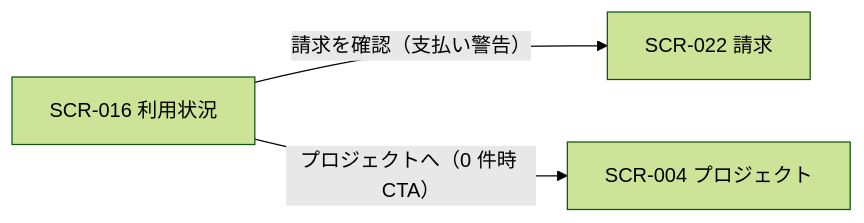
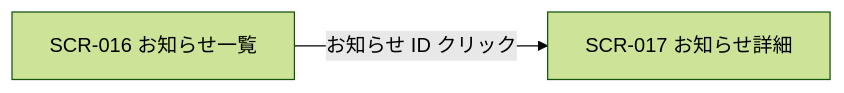
Before and after one commit to sikakou54/open-faq: the diagram in 02_basic_design/01_screens/SCR-016.md, drawn with Mermaid (forest theme). The commit also changed other lines of this file and 617 other files, not shown here.

````diff
--- a/02_basic_design/01_screens/SCR-016.md
+++ b/02_basic_design/01_screens/SCR-016.md
@@ -36,8 +37,6 @@
 ```mermaid
 flowchart LR
-  S1["SCR-016 利用状況"]
-  S2["SCR-022 請求"]
-  S3["SCR-004 プロジェクト"]
-  S1 -->|請求を確認（支払い警告）| S2
-  S1 -->|プロジェクトへ（0 件時 CTA）| S3
+  S1["SCR-016 お知らせ一覧"]
+  S2["SCR-017 お知らせ詳細"]
+  S1 -->|お知らせ ID クリック| S2
 ```
````
